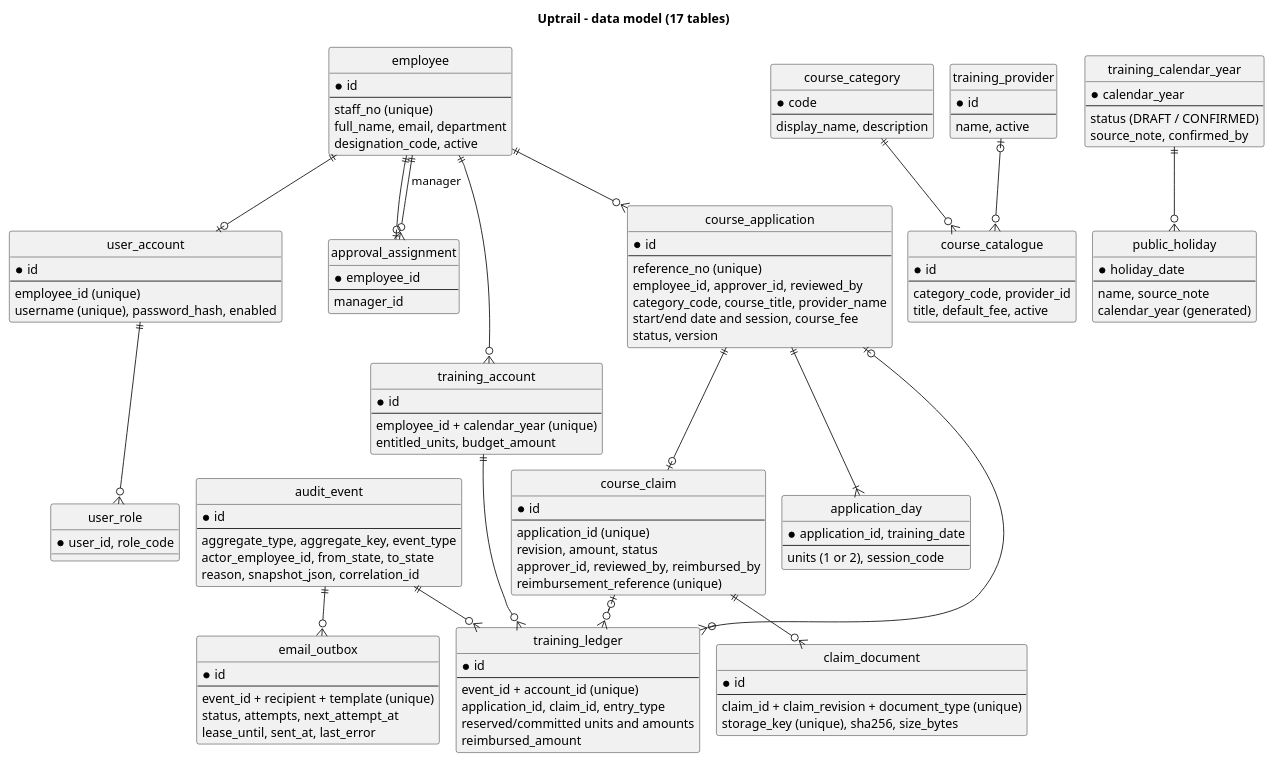
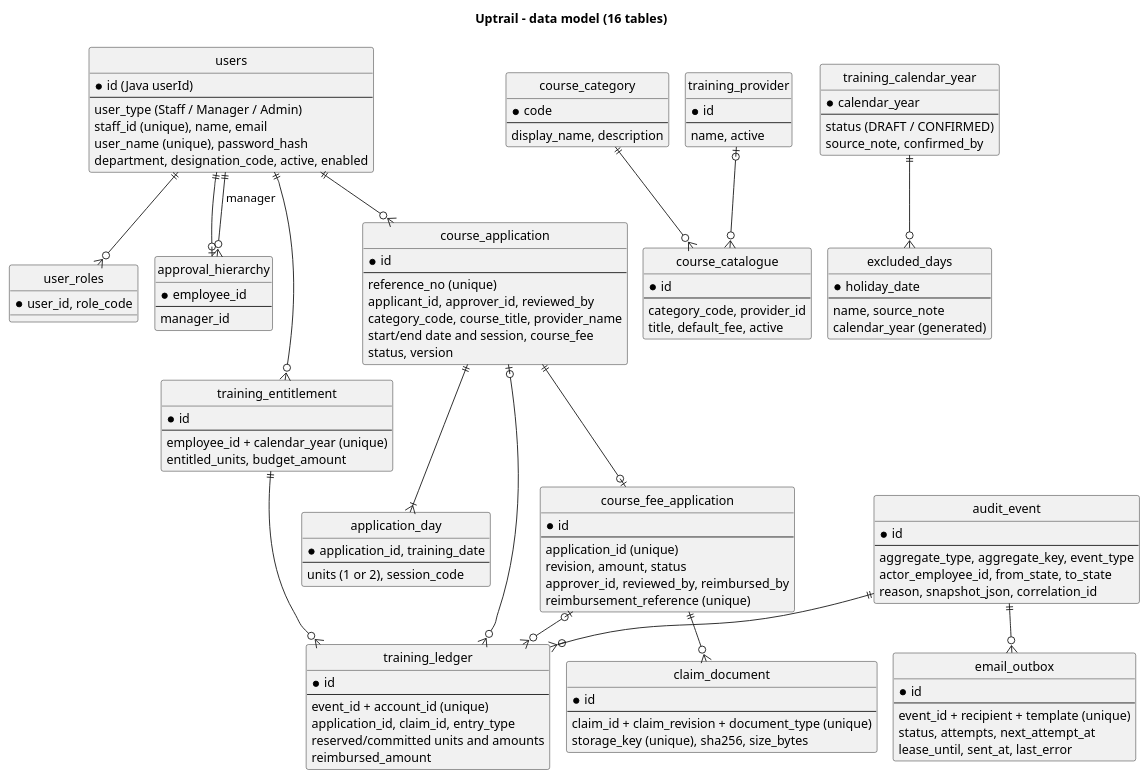
Before and after one commit to narmi924/Uptrail: the diagram in docs/diagrams/data-model.puml, drawn with PlantUML. The commit also changed 341 other files, not shown here.

Commit message:
Align Uptrail with the CATS user hierarchy and MVC flow

```diff
--- a/docs/diagrams/data-model.puml
+++ b/docs/diagrams/data-model.puml
@@ -1,131 +1,125 @@
 @startuml data-model
 !pragma layout smetana
-title Uptrail - data model (17 tables)
+title Uptrail - data model (16 tables)
 hide circle
 skinparam shadowing false
 skinparam defaultFontName Arial
 
-entity employee {
-  * id
+entity users {
+  * id (Java userId)
   --
-  staff_no (unique)
-  full_name, email, department
-  designation_code, active
+  user_type (Staff / Manager / Admin)
+  staff_id (unique), name, email
+  user_name (unique), password_hash
+  department, designation_code, active, enabled
 }
-entity user_account {
-  * id
-  --
-  employee_id (unique)
-  username (unique), password_hash, enabled
-}
-entity user_role {
+entity user_roles {
   * user_id, role_code
 }
-entity approval_assignment {
+entity approval_hierarchy {
   * employee_id
   --
   manager_id
 }
 entity course_category {
   * code
   --
   display_name, description
 }
 entity training_provider {
   * id
   --
   name, active
 }
 entity course_catalogue {
   * id
   --
   category_code, provider_id
   title, default_fee, active
 }
 entity training_calendar_year {
   * calendar_year
   --
   status (DRAFT / CONFIRMED)
   source_note, confirmed_by
 }
-entity public_holiday {
+entity excluded_days {
   * holiday_date
   --
   name, source_note
   calendar_year (generated)
 }
-entity training_account {
+entity training_entitlement {
   * id
   --
   employee_id + calendar_year (unique)
   entitled_units, budget_amount
 }
 entity course_application {
   * id
   --
   reference_no (unique)
-  employee_id, approver_id, reviewed_by
+  applicant_id, approver_id, reviewed_by
   category_code, course_title, provider_name
   start/end date and session, course_fee
   status, version
 }
 entity application_day {
   * application_id, training_date
   --
   units (1 or 2), session_code
 }
-entity course_claim {
+entity course_fee_application {
   * id
   --
   application_id (unique)
   revision, amount, status
   approver_id, reviewed_by, reimbursed_by
   reimbursement_reference (unique)
 }
 entity claim_document {
   * id
   --
   claim_id + claim_revision + document_type (unique)
   storage_key (unique), sha256, size_bytes
 }
 entity audit_event {
   * id
   --
   aggregate_type, aggregate_key, event_type
   actor_employee_id, from_state, to_state
   reason, snapshot_json, correlation_id
 }
 entity training_ledger {
   * id
   --
   event_id + account_id (unique)
   application_id, claim_id, entry_type
   reserved/committed units and amounts
   reimbursed_amount
 }
 entity email_outbox {
   * id
   --
   event_id + recipient + template (unique)
   status, attempts, next_attempt_at
   lease_until, sent_at, last_error
 }
 
-employee ||--o| user_account
-user_account ||--o{ user_role
-employee ||--o| approval_assignment
-approval_assignment }o--|| employee : manager
+users ||--o{ user_roles
+users ||--o| approval_hierarchy
+approval_hierarchy }o--|| users : manager
 course_category ||--o{ course_catalogue
 training_provider |o--o{ course_catalogue
-training_calendar_year ||--o{ public_holiday
-employee ||--o{ training_account
-employee ||--o{ course_application
+training_calendar_year ||--o{ excluded_days
+users ||--o{ training_entitlement
+users ||--o{ course_application
 course_application ||--|{ application_day
-course_application ||--o| course_claim
-course_claim ||--o{ claim_document
-training_account ||--o{ training_ledger
+course_application ||--o| course_fee_application
+course_fee_application ||--o{ claim_document
+training_entitlement ||--o{ training_ledger
 audit_event ||--o{ training_ledger
 audit_event ||--o{ email_outbox
 course_application |o--o{ training_ledger
-course_claim |o--o{ training_ledger
+course_fee_application |o--o{ training_ledger
 @enduml
```
